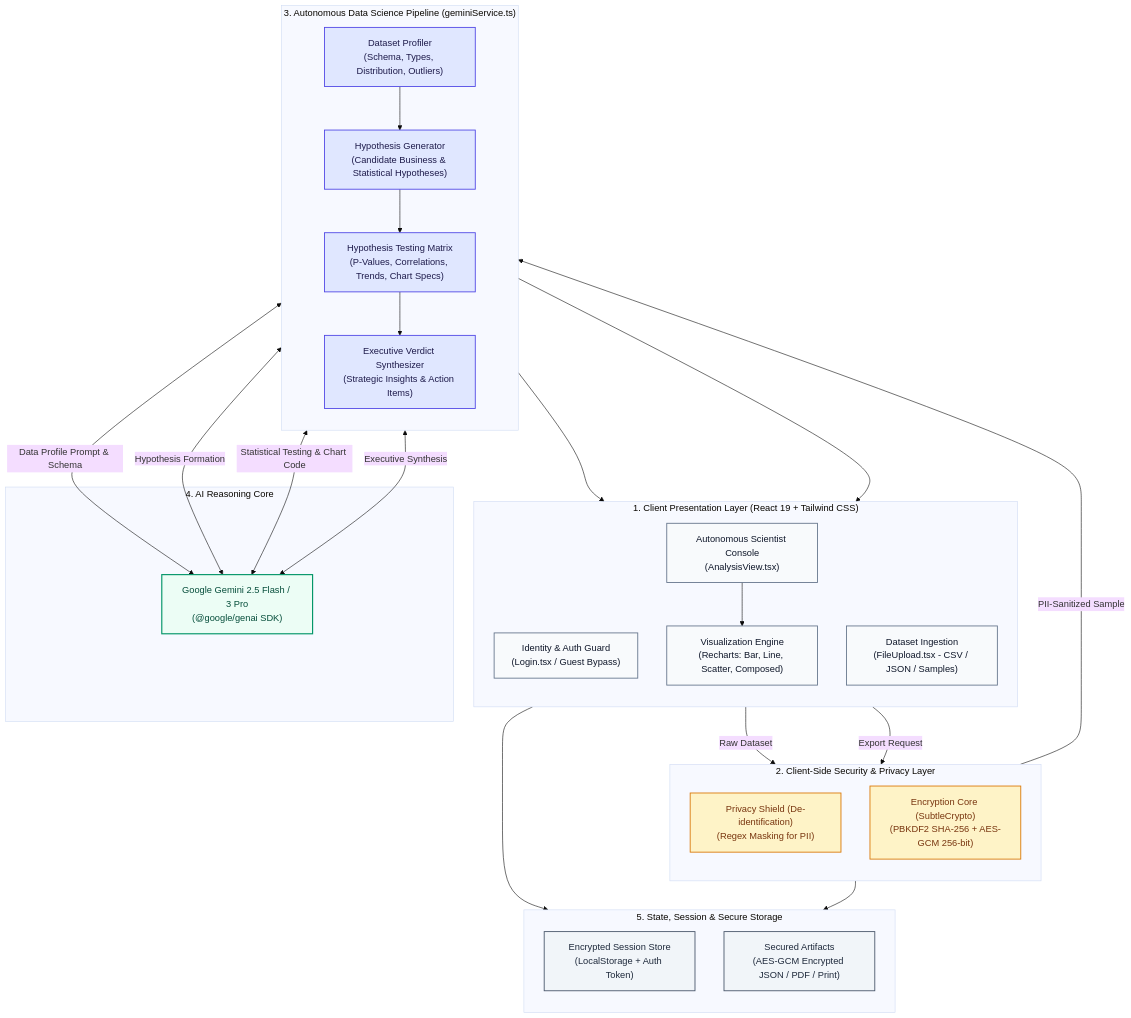
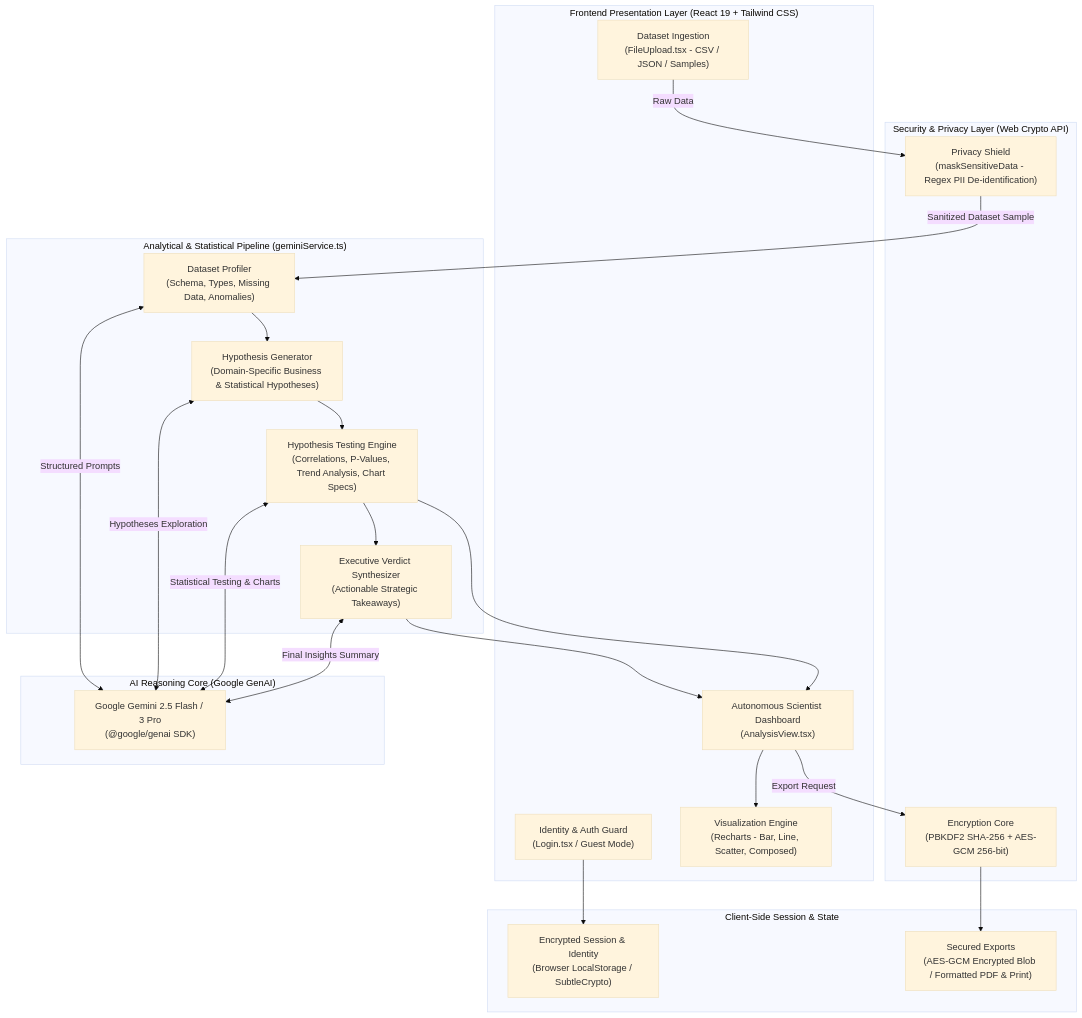
Before and after one commit to Raji-codes/DataSage: the diagram in README.md, drawn with Mermaid (base theme). The commit also changed other lines of this file and 13 other files, not shown here.

Commit message:
feat: glassmorphism UI, light theme login, sequential AI pipeline, and performance optimization

````diff
--- a/README.md
+++ b/README.md
@@ -1,60 +37,48 @@
 ```mermaid
-flowchart TD
-    %% Styling Classes
-    classDef client fill:#f8fafc,stroke:#64748b,stroke-width:1.5px,color:#0f172a;
-    classDef security fill:#fef3c7,stroke:#d97706,stroke-width:1.5px,color:#78350f;
-    classDef core fill:#e0e7ff,stroke:#4f46e5,stroke-width:1.5px,color:#1e1b4b;
-    classDef ai fill:#ecfdf5,stroke:#059669,stroke-width:2px,color:#064e3b;
-    classDef storage fill:#f1f5f9,stroke:#475569,stroke-width:1.5px,color:#1e293b;
-
-    subgraph UI["1. Client Presentation Layer (React 19 + Tailwind CSS)"]
-        direction TB
-        Auth["Identity & Auth Guard<br/>(Login.tsx / Guest Bypass)"]:::client
-        Upload["Dataset Ingestion<br/>(FileUpload.tsx - CSV / JSON / Samples)"]:::client
-        Dashboard["Autonomous Scientist Console<br/>(AnalysisView.tsx)"]:::client
-        Charts["Visualization Engine<br/>(Recharts: Bar, Line, Scatter, Composed)"]:::client
+graph TD
+    subgraph UI["Frontend Presentation Layer (React 19 + Tailwind CSS)"]
+        AuthView["Identity & Auth Guard<br/>(Login.tsx / Guest Mode)"]
+        UploadView["Dataset Ingestion<br/>(FileUpload.tsx - CSV / JSON / Samples)"]
+        DashView["Autonomous Scientist Dashboard<br/>(AnalysisView.tsx)"]
+        Charts["Visualization Engine<br/>(Recharts - Bar, Line, Scatter, Composed)"]
     end
 
-    subgraph SecLayer["2. Client-Side Security & Privacy Layer"]
-        direction TB
-        PrivacyShield["Privacy Shield (De-identification)<br/>(Regex Masking for PII)"]:::security
-        CryptoEngine["Encryption Core (SubtleCrypto)<br/>(PBKDF2 SHA-256 + AES-GCM 256-bit)"]:::security
+    subgraph Security["Security & Privacy Layer (Web Crypto API)"]
+        PIIShield["Privacy Shield<br/>(maskSensitiveData - Regex PII De-identification)"]
+        CryptoEngine["Encryption Core<br/>(PBKDF2 SHA-256 + AES-GCM 256-bit)"]
     end
 
-    subgraph Engine["3. Autonomous Data Science Pipeline (geminiService.ts)"]
-        direction TB
-        Profiler["Dataset Profiler<br/>(Schema, Types, Distribution, Outliers)"]:::core
-        HypoGen["Hypothesis Generator<br/>(Candidate Business & Statistical Hypotheses)"]:::core
-        HypoTest["Hypothesis Testing Matrix<br/>(P-Values, Correlations, Trends, Chart Specs)"]:::core
-        Verdict["Executive Verdict Synthesizer<br/>(Strategic Insights & Action Items)"]:::core
+    subgraph Core["Analytical & Statistical Pipeline (geminiService.ts)"]
+        Profiler["Dataset Profiler<br/>(Schema, Types, Missing Data, Anomalies)"]
+        HypoGen["Hypothesis Generator<br/>(Domain-Specific Business & Statistical Hypotheses)"]
+        HypoTest["Hypothesis Testing Engine<br/>(Correlations, P-Values, Trend Analysis, Chart Specs)"]
+        ExecVerdict["Executive Verdict Synthesizer<br/>(Actionable Strategic Takeaways)"]
     end
 
-    subgraph LLM["4. AI Reasoning Core"]
-        Gemini["Google Gemini 2.5 Flash / 3 Pro<br/>(@google/genai SDK)"]:::ai
+    subgraph AI["AI Reasoning Core (Google GenAI)"]
+        GeminiPro["Google Gemini 2.5 Flash / 3 Pro<br/>(@google/genai SDK)"]
     end
 
-    subgraph Output["5. State, Session & Secure Storage"]
-        direction TB
-        Session["Encrypted Session Store<br/>(LocalStorage + Auth Token)"]:::storage
-        Export["Secured Artifacts<br/>(AES-GCM Encrypted JSON / PDF / Print)"]:::storage
+    subgraph Storage["Client-Side Session & State"]
+        SessionStore["Encrypted Session & Identity<br/>(Browser LocalStorage / SubtleCrypto)"]
+        ReportExport["Secured Exports<br/>(AES-GCM Encrypted Blob / Formatted PDF & Print)"]
     end
 
-    %% Pipeline Connections
-    Auth --> Session
-    Upload -->|Raw Dataset| PrivacyShield
-    PrivacyShield -->|PII-Sanitized Sample| Profiler
+    %% Data Flow Connections
+    AuthView --> SessionStore
+    UploadView -->|Raw Data| PIIShield
+    PIIShield -->|Sanitized Dataset Sample| Profiler
+    Profiler <-->|Structured Prompts| GeminiPro
+    Profiler --> HypoGen
+    HypoGen <-->|Hypotheses Exploration| GeminiPro
+    HypoGen --> HypoTest
+    HypoTest <-->|Statistical Testing & Charts| GeminiPro
+    HypoTest --> ExecVerdict
+    ExecVerdict <-->|Final Insights Summary| GeminiPro
     
-    Profiler <-->|Data Profile Prompt & Schema| Gemini
-    Profiler --> HypoGen
-    HypoGen <-->|Hypothesis Formation| Gemini
-    HypoGen --> HypoTest
-    HypoTest <-->|Statistical Testing & Chart Code| Gemini
-    HypoTest --> Verdict
-    Verdict <-->|Executive Synthesis| Gemini
-
-    Verdict --> Dashboard
-    HypoTest --> Dashboard
-    Dashboard --> Charts
-    Dashboard -->|Export Request| CryptoEngine
-    CryptoEngine --> Export
+    ExecVerdict --> DashView
+    HypoTest --> DashView
+    DashView --> Charts
+    DashView -->|Export Request| CryptoEngine
+    CryptoEngine --> ReportExport
 ```
````
